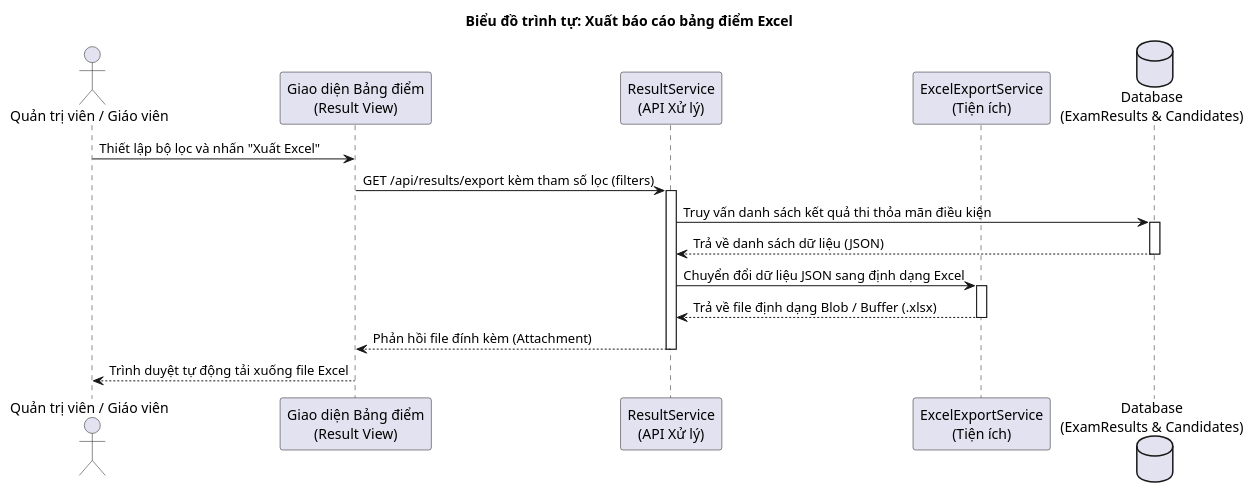
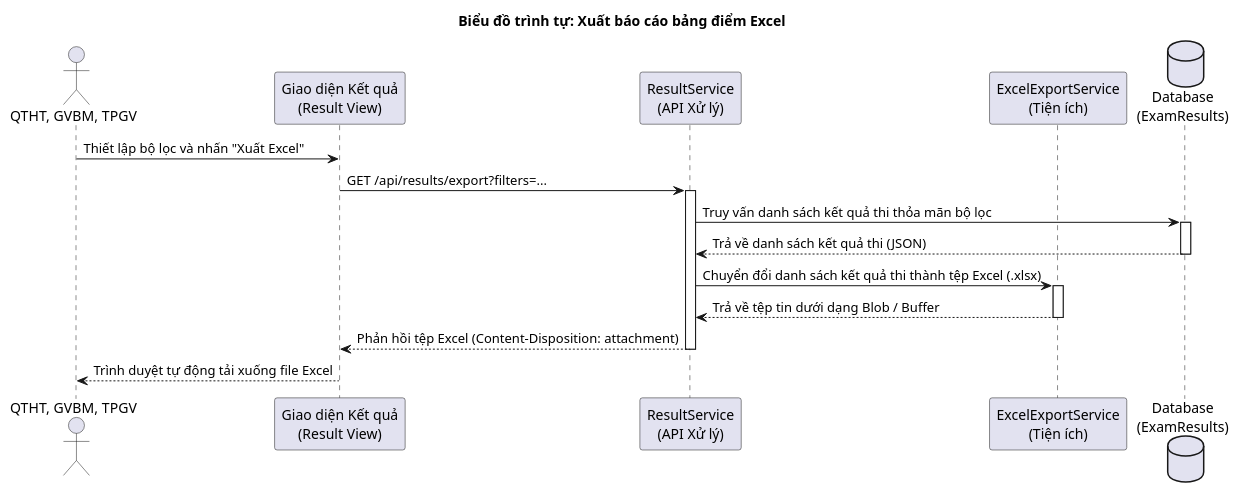
Before and after one commit to VuKV03/do-an-tot-nghiep: the third of 4 diagrams in Usecase/quanlyketquathi.md, drawn with PlantUML. The commit also changed other lines of this file and 10 other files, not shown here.

````diff
--- a/Usecase/quanlyketquathi.md
+++ b/Usecase/quanlyketquathi.md
@@ -60,30 +101,30 @@
 ```plantuml
 @startuml
 title Biểu đồ trình tự: Xuất báo cáo bảng điểm Excel
 
-actor "Quản trị viên / Giáo viên" as User
-participant "Giao diện Bảng điểm\n(Result View)" as View
+actor "QTHT, GVBM, TPGV" as User
+participant "Giao diện Kết quả\n(Result View)" as View
 participant "ResultService\n(API Xử lý)" as Service
 participant "ExcelExportService\n(Tiện ích)" as Utility
-database "Database\n(ExamResults & Candidates)" as DB
+database "Database\n(ExamResults)" as DB
 
 User -> View : Thiết lập bộ lọc và nhấn "Xuất Excel"
-View -> Service : GET /api/results/export kèm tham số lọc (filters)
+View -> Service : GET /api/results/export?filters=...
 activate Service
 
-Service -> DB : Truy vấn danh sách kết quả thi thỏa mãn điều kiện
+Service -> DB : Truy vấn danh sách kết quả thi thỏa mãn bộ lọc
 activate DB
-DB --> Service : Trả về danh sách dữ liệu (JSON)
+DB --> Service : Trả về danh sách kết quả thi (JSON)
 deactivate DB
 
-Service -> Utility : Chuyển đổi dữ liệu JSON sang định dạng Excel
+Service -> Utility : Chuyển đổi danh sách kết quả thi thành tệp Excel (.xlsx)
 activate Utility
-Utility --> Service : Trả về file định dạng Blob / Buffer (.xlsx)
+Utility --> Service : Trả về tệp tin dưới dạng Blob / Buffer
 deactivate Utility
 
-Service --> View : Phản hồi file đính kèm (Attachment)
+Service --> View : Phản hồi tệp Excel (Content-Disposition: attachment)
 deactivate Service
 
 View --> User : Trình duyệt tự động tải xuống file Excel
 @enduml
 ```
````
